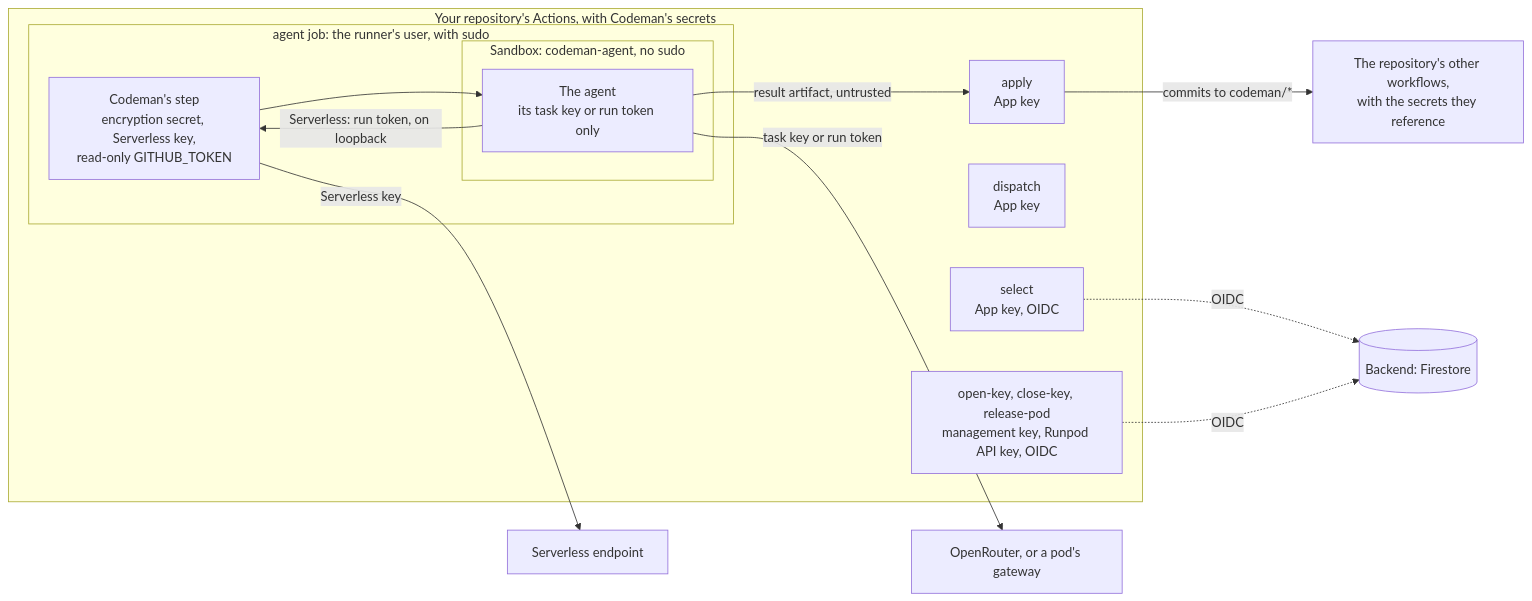
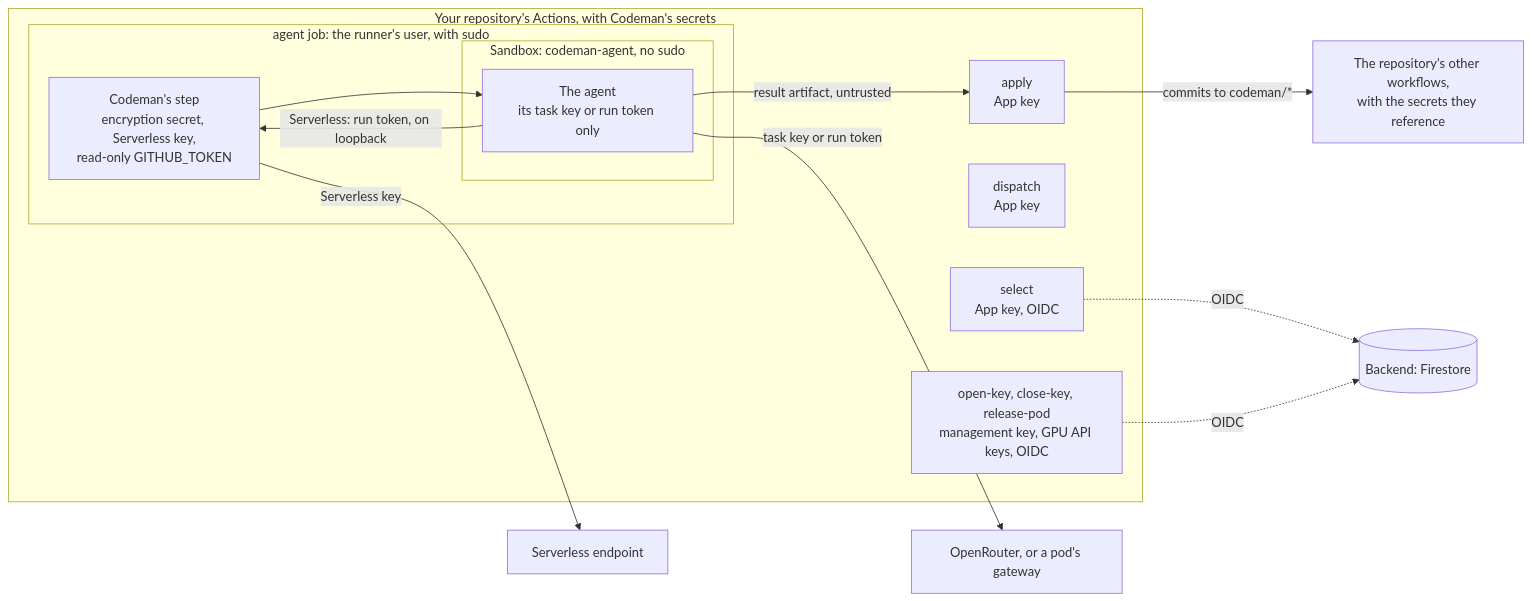
One commit to codenergy-dev/codeman changed the diagram in docs/security/overview.md. Above: the diagram before and after it, drawn with Mermaid. The commit also changed other lines of this file and 25 other files, not shown here.

````diff
--- a/docs/security/overview.md
+++ b/docs/security/overview.md
@@ -18,27 +18,27 @@
 ```mermaid
 flowchart LR
   subgraph actions["Your repository's Actions, with Codeman's secrets"]
     select["select<br/>App key, OIDC"]
     dispatch["dispatch<br/>App key"]
-    keys["open-key, close-key, release-pod<br/>management key, Runpod API key, OIDC"]
+    keys["open-key, close-key, release-pod<br/>management key, GPU API keys, OIDC"]
     subgraph agentjob["agent job: the runner's user, with sudo"]
       step["Codeman's step<br/>encryption secret, Serverless key,<br/>read-only GITHUB_TOKEN"]
       subgraph sandbox["Sandbox: codeman-agent, no sudo"]
         agent["The agent<br/>its task key or run token only"]
       end
     end
     apply["apply<br/>App key"]
   end
   ci["The repository's other workflows,<br/>with the secrets they reference"]
   backend[("Backend: Firestore")]
   models["OpenRouter, or a pod's gateway"]
   endpoint["Serverless endpoint"]
   step --> agent
   agent -->|"result artifact, untrusted"| apply
   apply -->|"commits to codeman/*"| ci
   select -.->|"OIDC"| backend
   keys -.->|"OIDC"| backend
   agent -->|"task key or run token"| models
   agent -->|"Serverless: run token, on loopback"| step
   step -->|"Serverless key"| endpoint
 ```
````
